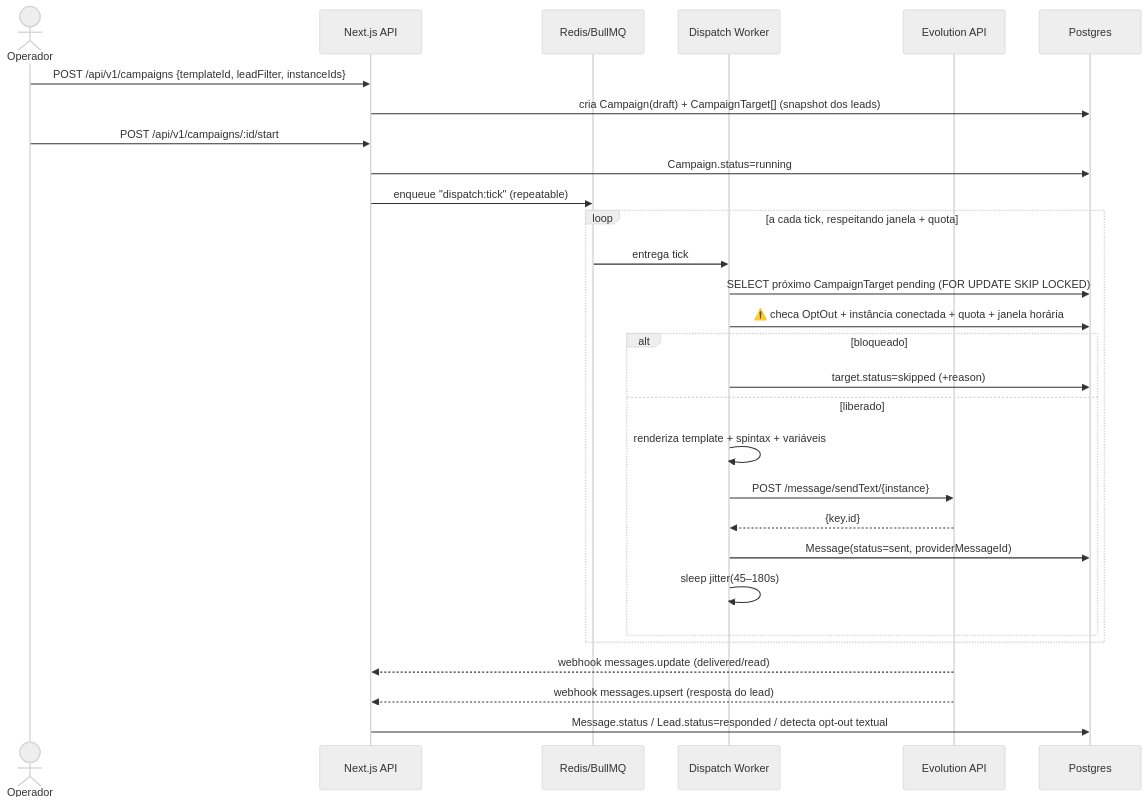
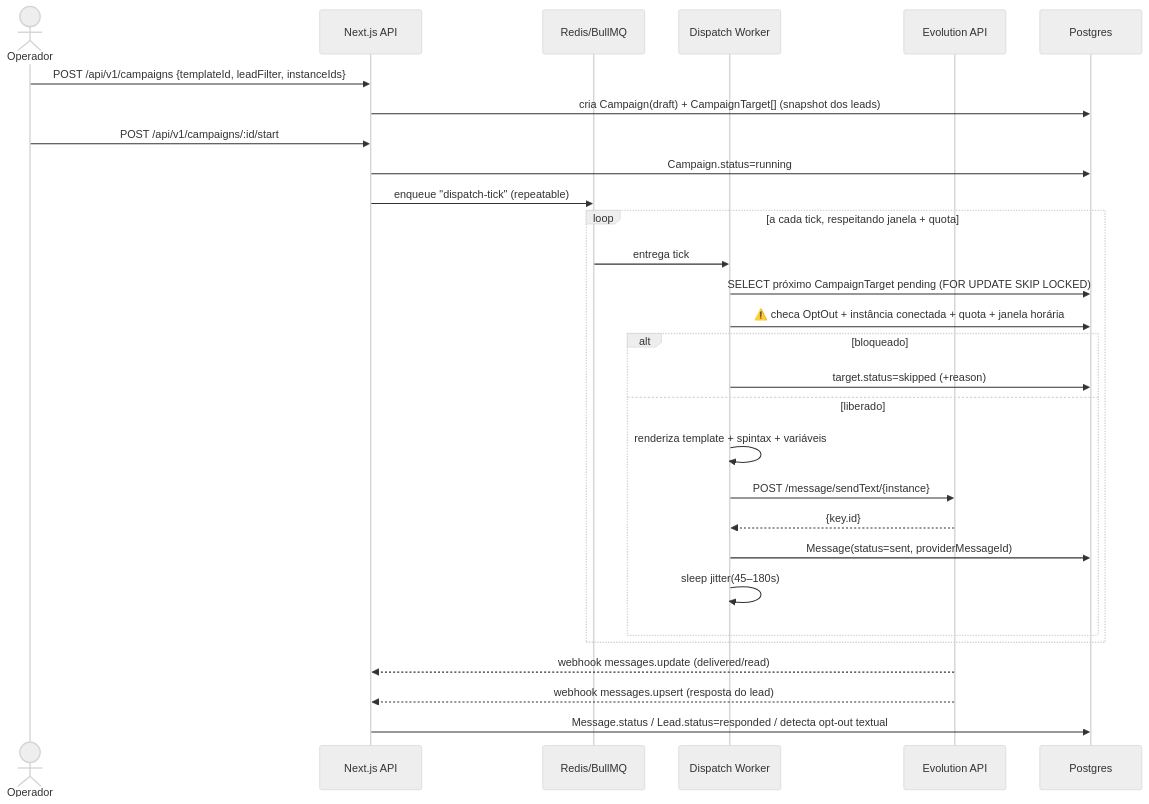
One commit to OverSoccerClub/InnoProspect changed the third of 6 diagrams in ARQUITETURA.md. Above: the diagram before and after it, drawn with Mermaid (neutral theme). The commit also changed other lines of this file and 17 other files, not shown here.

````diff
--- a/ARQUITETURA.md
+++ b/ARQUITETURA.md
@@ -264,32 +264,32 @@
 ```mermaid
 sequenceDiagram
     actor U as Operador
     participant W as Next.js API
     participant Q as Redis/BullMQ
     participant D as Dispatch Worker
     participant E as Evolution API
     participant P as Postgres
 
     U->>W: POST /api/v1/campaigns {templateId, leadFilter, instanceIds}
     W->>P: cria Campaign(draft) + CampaignTarget[] (snapshot dos leads)
     U->>W: POST /api/v1/campaigns/:id/start
     W->>P: Campaign.status=running
-    W->>Q: enqueue "dispatch:tick" (repeatable)
+    W->>Q: enqueue "dispatch-tick" (repeatable)
     loop a cada tick, respeitando janela + quota
         Q->>D: entrega tick
         D->>P: SELECT próximo CampaignTarget pending (FOR UPDATE SKIP LOCKED)
         D->>P: ⚠️ checa OptOut + instância conectada + quota + janela horária
         alt bloqueado
             D->>P: target.status=skipped (+reason)
         else liberado
             D->>D: renderiza template + spintax + variáveis
             D->>E: POST /message/sendText/{instance}
             E-->>D: {key.id}
             D->>P: Message(status=sent, providerMessageId)
             D->>D: sleep jitter(45–180s)
         end
     end
     E-->>W: webhook messages.update (delivered/read)
     E-->>W: webhook messages.upsert (resposta do lead)
     W->>P: Message.status / Lead.status=responded / detecta opt-out textual
 ```
````
